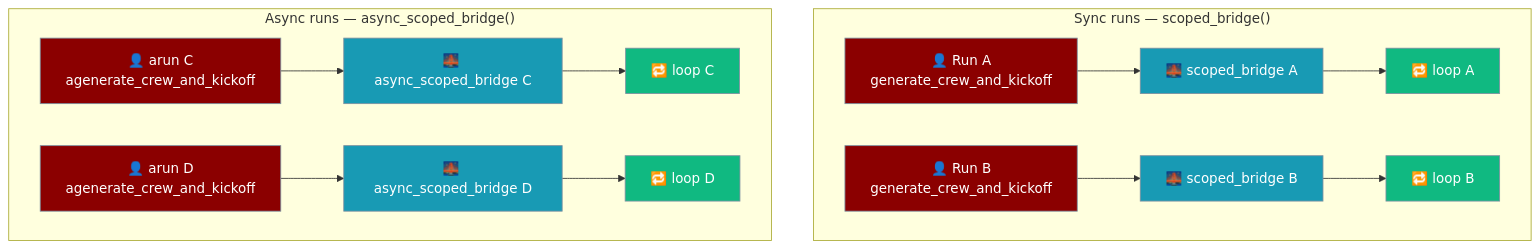
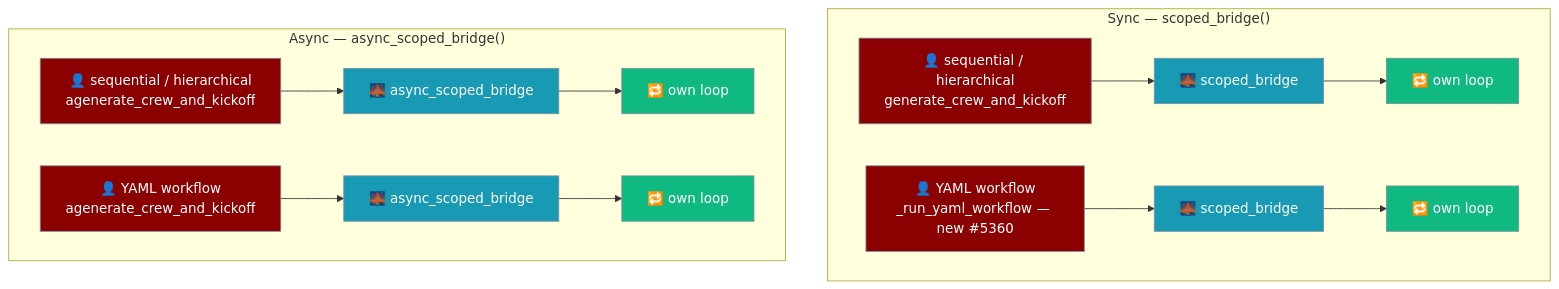
Before and after one commit to MervinPraison/PraisonAIDocs: the tenth of 10 diagrams in docs/features/async-bridge.mdx, drawn with Mermaid. The commit also changed other lines of this file and 3 other files, not shown here.

First line of the commit message:
docs: reflect PR #5360 webhook hardening, --max-tokens sentinel, sync YAML workflow bridge isolation (fixes #4261)

````diff
--- a/docs/features/async-bridge.mdx
+++ b/docs/features/async-bridge.mdx
@@ -995,24 +997,24 @@
 ```mermaid
 graph TB
-    subgraph "Sync runs — scoped_bridge()"
-        RunA[👤 Run A<br/>generate_crew_and_kickoff] --> SBA[🌉 scoped_bridge A]
-        RunB[👤 Run B<br/>generate_crew_and_kickoff] --> SBB[🌉 scoped_bridge B]
-        SBA --> LA[🔁 loop A]
-        SBB --> LB[🔁 loop B]
+    subgraph "Sync — scoped_bridge()"
+        SeqA[👤 sequential / hierarchical<br/>generate_crew_and_kickoff] --> SBA[🌉 scoped_bridge]
+        WfA[👤 YAML workflow<br/>_run_yaml_workflow — new #5360] --> SBB[🌉 scoped_bridge]
+        SBA --> LA[🔁 own loop]
+        SBB --> LB[🔁 own loop]
     end
 
-    subgraph "Async runs — async_scoped_bridge()"
-        ARunC[👤 arun C<br/>agenerate_crew_and_kickoff] --> ASBC[🌉 async_scoped_bridge C]
-        ARunD[👤 arun D<br/>agenerate_crew_and_kickoff] --> ASBD[🌉 async_scoped_bridge D]
-        ASBC --> LC[🔁 loop C]
-        ASBD --> LD[🔁 loop D]
+    subgraph "Async — async_scoped_bridge()"
+        SeqC[👤 sequential / hierarchical<br/>agenerate_crew_and_kickoff] --> ASBC[🌉 async_scoped_bridge]
+        WfC[👤 YAML workflow<br/>agenerate_crew_and_kickoff] --> ASBD[🌉 async_scoped_bridge]
+        ASBC --> LC[🔁 own loop]
+        ASBD --> LD[🔁 own loop]
     end
 
     classDef run fill:#8B0000,stroke:#7C90A0,color:#fff
     classDef bridge fill:#189AB4,stroke:#7C90A0,color:#fff
     classDef loop fill:#10B981,stroke:#7C90A0,color:#fff
 
-    class RunA,RunB,ARunC,ARunD run
+    class SeqA,WfA,SeqC,WfC run
     class SBA,SBB,ASBC,ASBD bridge
     class LA,LB,LC,LD loop
 ```
````
